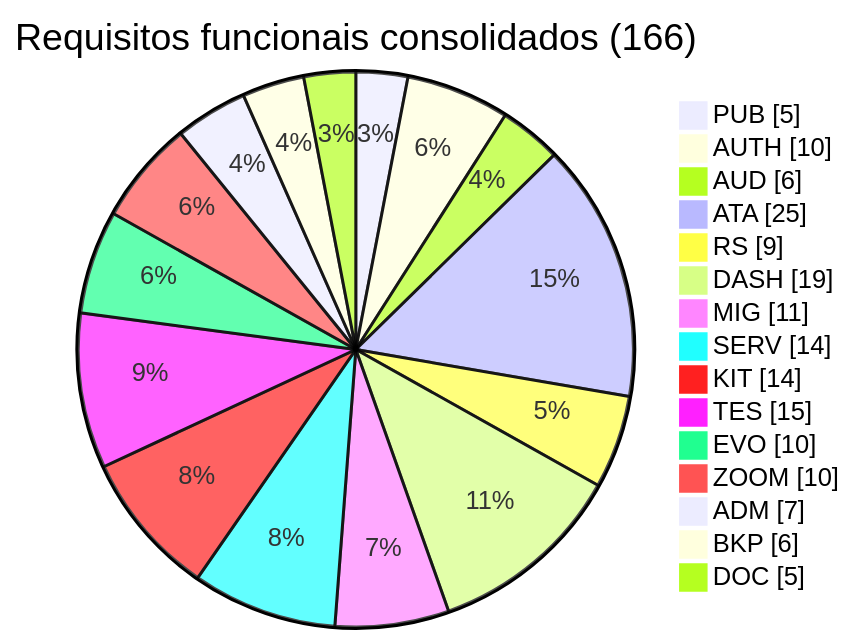
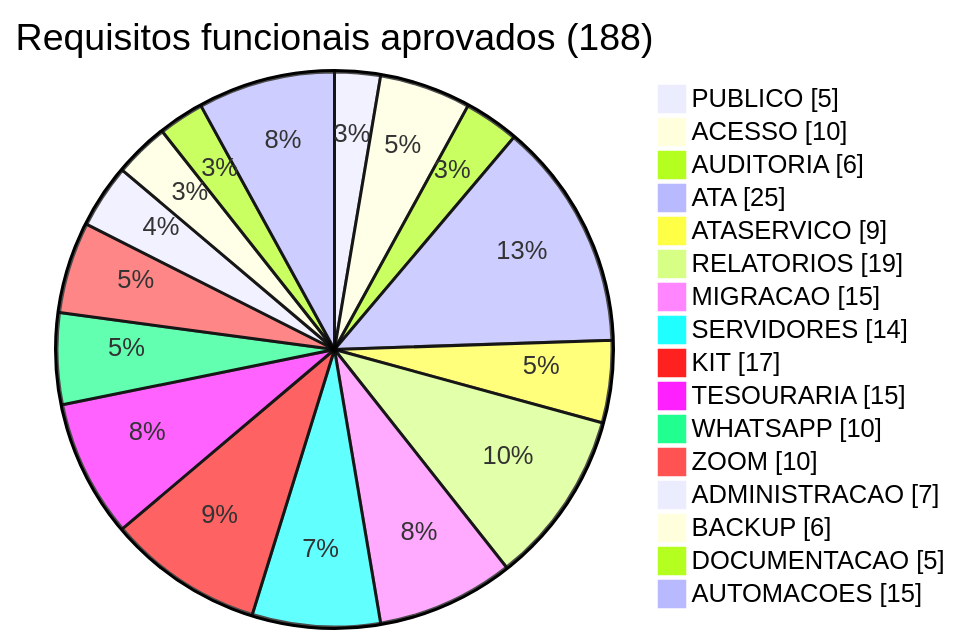
One commit to grupoquarentena/site changed the fourth of 8 diagrams in PRD.md. Above: the diagram before and after it, drawn with Mermaid. The commit also changed other lines of this file and 4 other files, not shown here.

````diff
--- a/PRD.md
+++ b/PRD.md
@@ -135,19 +138,20 @@
 ```mermaid
 pie showData
-  title Requisitos funcionais consolidados (166)
-  "PUB" : 5
-  "AUTH" : 10
-  "AUD" : 6
+  title Requisitos funcionais aprovados (188)
+  "PUBLICO" : 5
+  "ACESSO" : 10
+  "AUDITORIA" : 6
   "ATA" : 25
-  "RS" : 9
-  "DASH" : 19
-  "MIG" : 11
-  "SERV" : 14
-  "KIT" : 14
-  "TES" : 15
-  "EVO" : 10
+  "ATASERVICO" : 9
+  "RELATORIOS" : 19
+  "MIGRACAO" : 15
+  "SERVIDORES" : 14
+  "KIT" : 17
+  "TESOURARIA" : 15
+  "WHATSAPP" : 10
   "ZOOM" : 10
-  "ADM" : 7
-  "BKP" : 6
-  "DOC" : 5
+  "ADMINISTRACAO" : 7
+  "BACKUP" : 6
+  "DOCUMENTACAO" : 5
+  "AUTOMACOES" : 15
 ```
````
